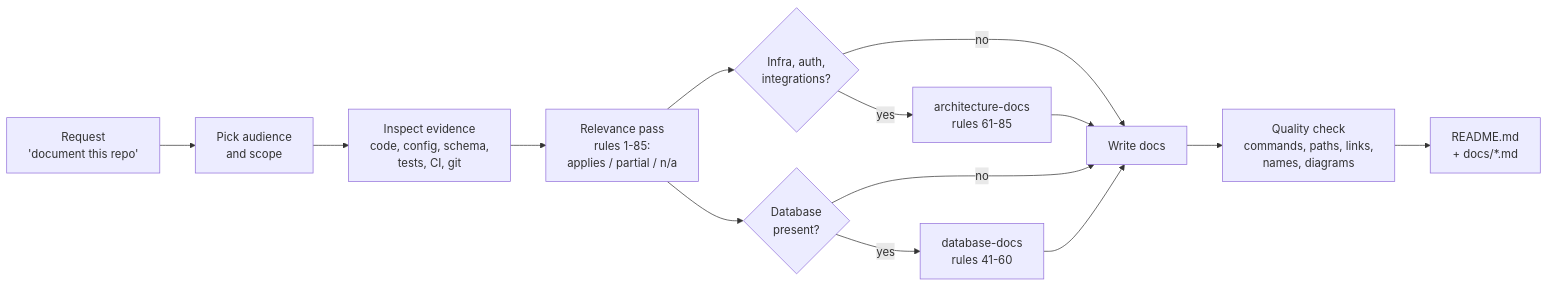
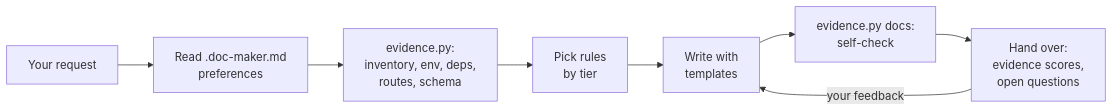
One commit to TusharParlikar/doc-maker changed the diagram in README.md. Above: the diagram before and after it, drawn with Mermaid. The commit also changed other lines of this file and 73 other files, not shown here.

Commit message:
v2.0.0: evidence script, templates, tiers, feedback loop, 51 verified rules, eval suite

````diff
--- a/README.md
+++ b/README.md
@@ -188,16 +29,10 @@
 ```mermaid
 flowchart LR
-    A[Request<br/>'document this repo'] --> B[Pick audience<br/>and scope]
-    B --> C[Inspect evidence<br/>code, config, schema,<br/>tests, CI, git]
-    C --> D[Relevance pass<br/>rules 1-85:<br/>applies / partial / n/a]
-    D --> E{Database<br/>present?}
-    E -- yes --> F[database-docs<br/>rules 41-60]
-    D --> J{Infra, auth,<br/>integrations?}
-    J -- yes --> K[architecture-docs<br/>rules 61-85]
-    J -- no --> G
-    K --> G
-    E -- no --> G[Write docs]
-    F --> G
-    G --> H[Quality check<br/>commands, paths, links,<br/>names, diagrams]
-    H --> I[README.md<br/>+ docs/*.md]
+    A[Your request] --> B[Read .doc-maker.md<br/>preferences]
+    B --> C[evidence.py:<br/>inventory, env, deps,<br/>routes, schema]
+    C --> D[Pick rules<br/>by tier]
+    D --> E[Write with<br/>templates]
+    E --> F[evidence.py docs:<br/>self-check]
+    F --> G[Hand over:<br/>evidence scores,<br/>open questions]
+    G -->|your feedback| E
 ```
````
